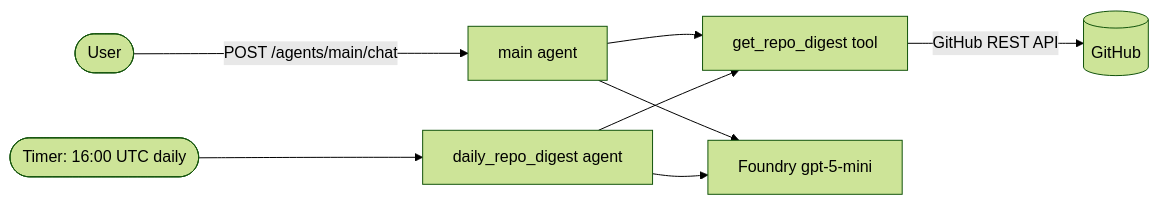
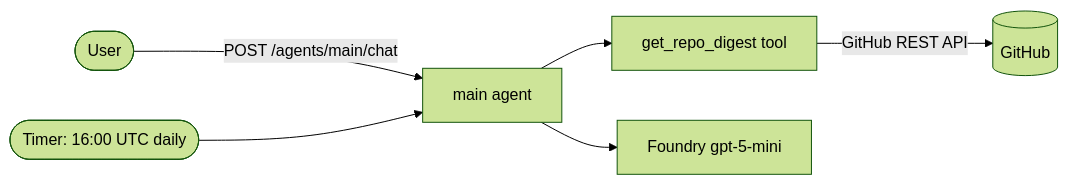
One commit to greenie-msft/simple-agent-functions-python changed the diagram in README.md. Above: the diagram before and after it, drawn with Mermaid (forest theme). The commit also changed other lines of this file and 3 other files, not shown here.

First line of the commit message:
Consolidate into one agent with timer trigger + chat endpoints

````diff
--- a/README.md
+++ b/README.md
@@ -18,10 +18,8 @@
 ```mermaid
 flowchart LR
     user([User]) -->|POST /agents/main/chat| main[main agent]
-    timer([Timer: 16:00 UTC daily]) --> daily[daily_repo_digest agent]
+    timer([Timer: 16:00 UTC daily]) --> main
     main --> tool[get_repo_digest tool]
-    daily --> tool
     tool -->|GitHub REST API| gh[(GitHub)]
     main --> model[Foundry gpt-5-mini]
-    daily --> model
 ```
````
